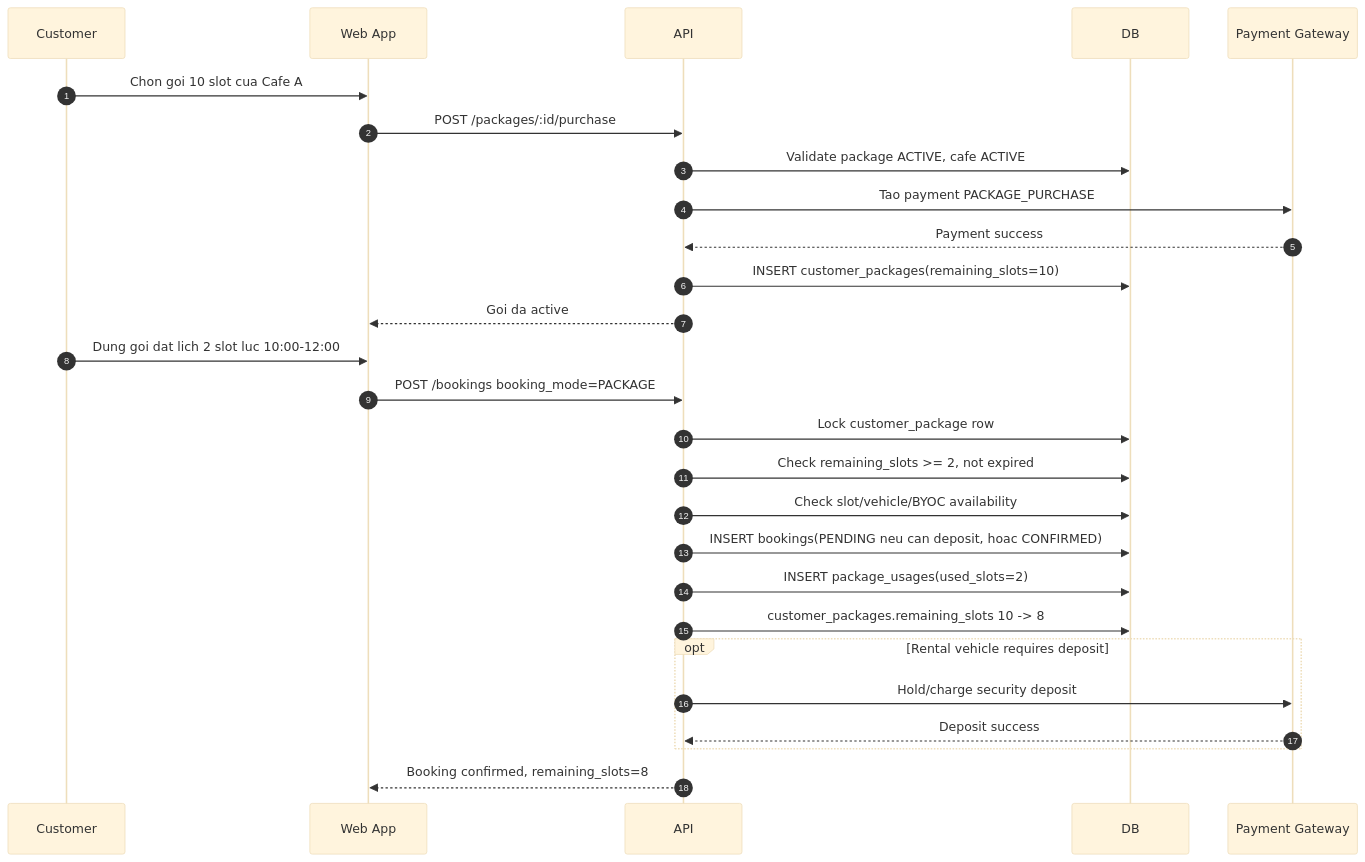
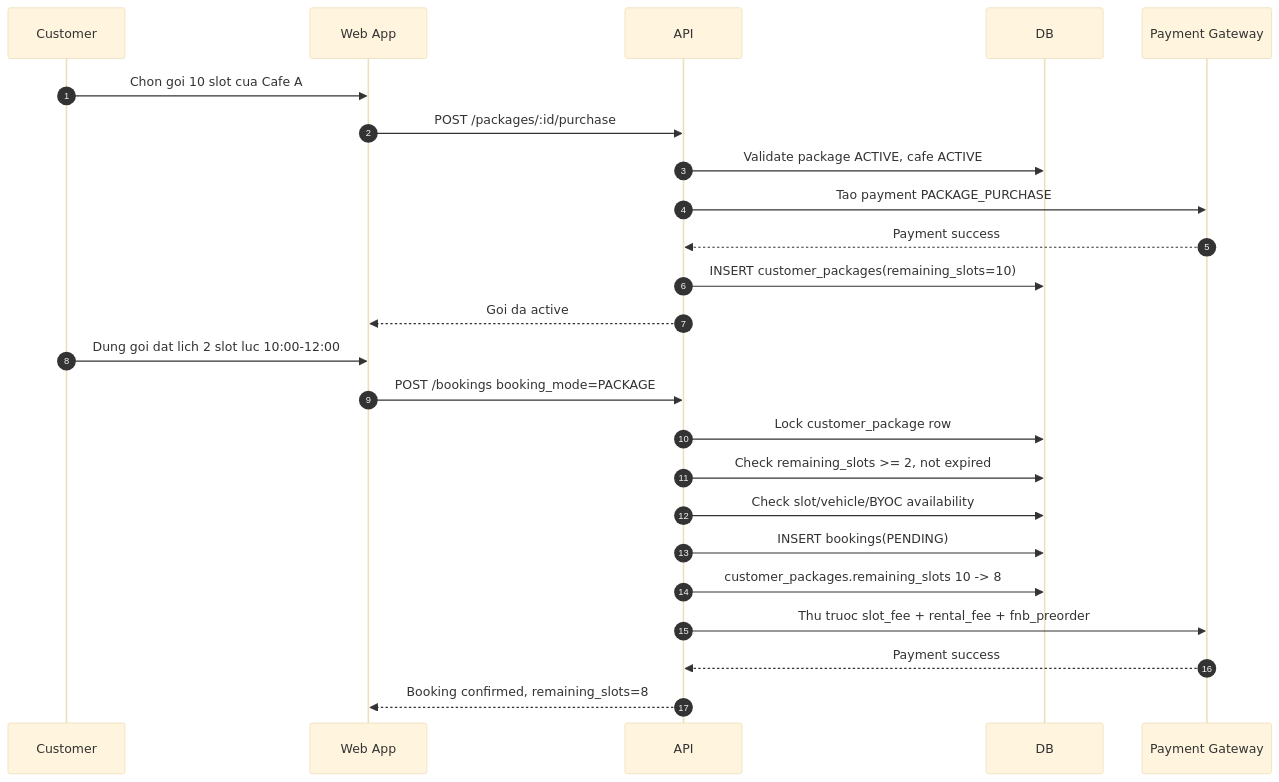
Before and after one commit to RCField-SEP490/rcfield-spec: the third of 9 diagrams in docs/spec/business-rules/BR-booking-lifecycle.md, drawn with Mermaid (base theme). The commit also changed other lines of this file and 59 other files, not shown here.

````diff
--- a/docs/spec/business-rules/BR-booking-lifecycle.md
+++ b/docs/spec/business-rules/BR-booking-lifecycle.md
@@ -206,31 +206,28 @@
 ```mermaid
 sequenceDiagram
     autonumber
     participant C as Customer
     participant App as Web App
     participant API as API
     participant DB as DB
     participant Pay as Payment Gateway
 
     C->>App: Chon goi 10 slot cua Cafe A
     App->>API: POST /packages/:id/purchase
     API->>DB: Validate package ACTIVE, cafe ACTIVE
     API->>Pay: Tao payment PACKAGE_PURCHASE
     Pay-->>API: Payment success
     API->>DB: INSERT customer_packages(remaining_slots=10)
     API-->>App: Goi da active
 
     C->>App: Dung goi dat lich 2 slot luc 10:00-12:00
     App->>API: POST /bookings booking_mode=PACKAGE
     API->>DB: Lock customer_package row
     API->>DB: Check remaining_slots >= 2, not expired
     API->>DB: Check slot/vehicle/BYOC availability
-    API->>DB: INSERT bookings(PENDING neu can deposit, hoac CONFIRMED)
-    API->>DB: INSERT package_usages(used_slots=2)
+    API->>DB: INSERT bookings(PENDING)
     API->>DB: customer_packages.remaining_slots 10 -> 8
-    opt Rental vehicle requires deposit
-        API->>Pay: Hold/charge security deposit
-        Pay-->>API: Deposit success
-    end
+    API->>Pay: Thu truoc slot_fee + rental_fee + fnb_preorder
+    Pay-->>API: Payment success
     API-->>App: Booking confirmed, remaining_slots=8
 ```
````
